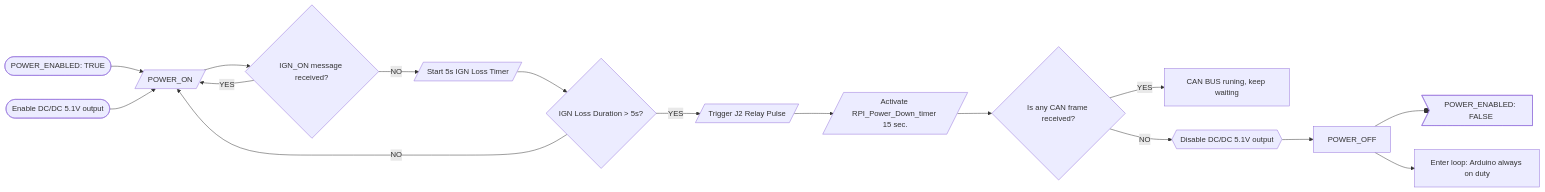
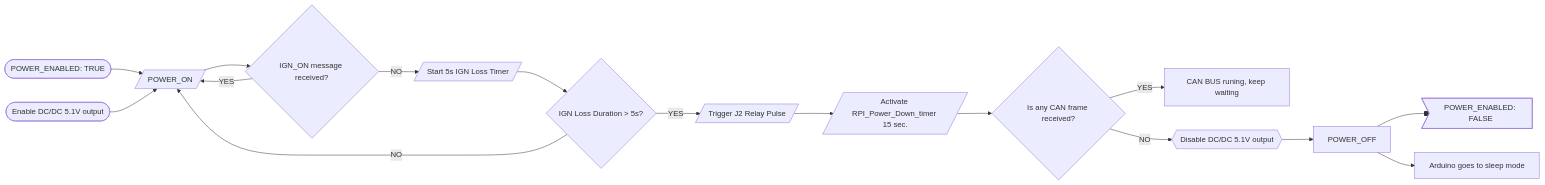
Before and after one commit to martis2580/Outdated-Volvo-Nav-Retrofit: the fourth of 5 diagrams in README.md, drawn with Mermaid.

Commit message:
Update README to reflect Arduino sleep mode

````diff
--- a/README.md
+++ b/README.md
@@ -168,18 +168,18 @@
 ```mermaid
 flowchart LR
     A([POWER_ENABLED: TRUE])  -->C[/POWER_ON/]
     B([Enable DC/DC 5.1V output])  -->C[/POWER_ON/]
     C -->D{IGN_ON message received?}
     D -->|YES| C
     D -->|NO| E[/Start 5s IGN Loss Timer/]
     E -->F{IGN Loss Duration > 5s?}
     F -->|NO| C
     F -->|YES| G[/Trigger J2 Relay Pulse/]
     G --> H[/Activate RPI_Power_Down_timer 15 sec./]
     H -->J{Is any CAN frame received?}
     J -->|YES| K[CAN BUS runing, keep waiting]
     J -->|NO|L@{ shape: hex, label: "Disable DC/DC 5.1V output" }
     L -->M[POWER_OFF]
     M --oN@{ shape: odd, label: "POWER_ENABLED: FALSE"}
-    M -->O[Enter loop: Arduino always on duty]
+    M -->O[Arduino goes to sleep mode]
 ```
````
